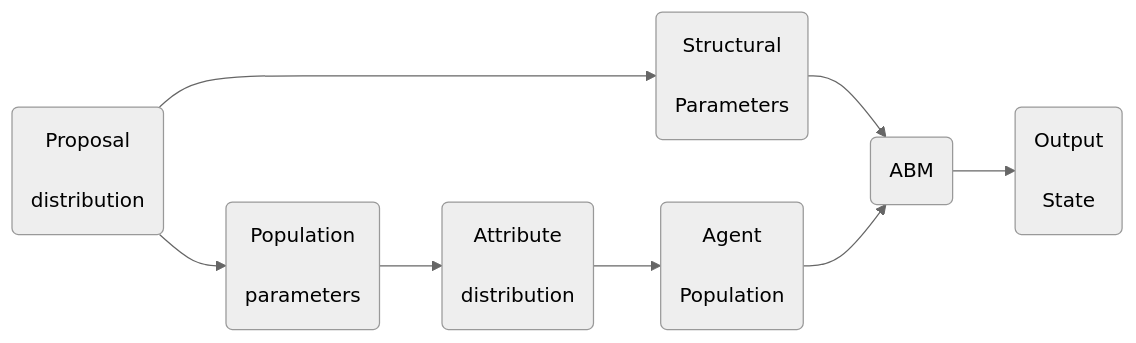
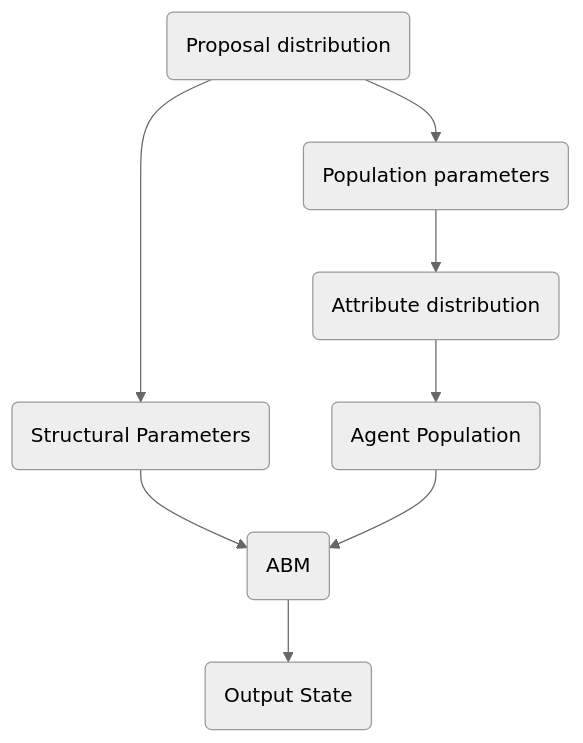
One commit to nb8g13/nb8g13.github.io changed the second of 2 diagrams in _posts/2024-07-22-population-synthesis.markdown. Above: the diagram before and after it, drawn with Mermaid (neutral theme).

````diff
--- a/_posts/2024-07-22-population-synthesis.markdown
+++ b/_posts/2024-07-22-population-synthesis.markdown
@@ -53,23 +53,17 @@
 ```mermaid
-graph LR
-    prop("Proposal <br>
-    distribution")
-    param("Population <br>
-    parameters")
-    attr("Attribute <br>
-    distribution")
-    struct("Structural <br>
-    Parameters")
-    pop("Agent <br>
-    Population")
+graph TD
+    prop("Proposal distribution")
+    param("Population parameters")
+    attr("Attribute distribution")
+    struct("Structural Parameters")
+    pop("Agent Population")
     sim("ABM")
-    state("Output <br>
-    State")
+    state("Output State")
 
     prop --> param & struct
     param --> attr
     attr --> pop
     struct & pop --> sim
     sim --> state
 
 ```
````
